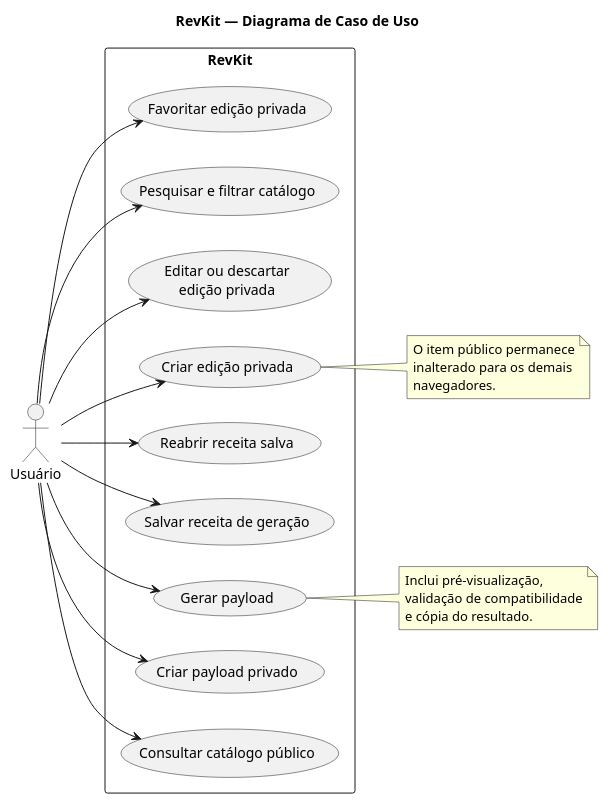
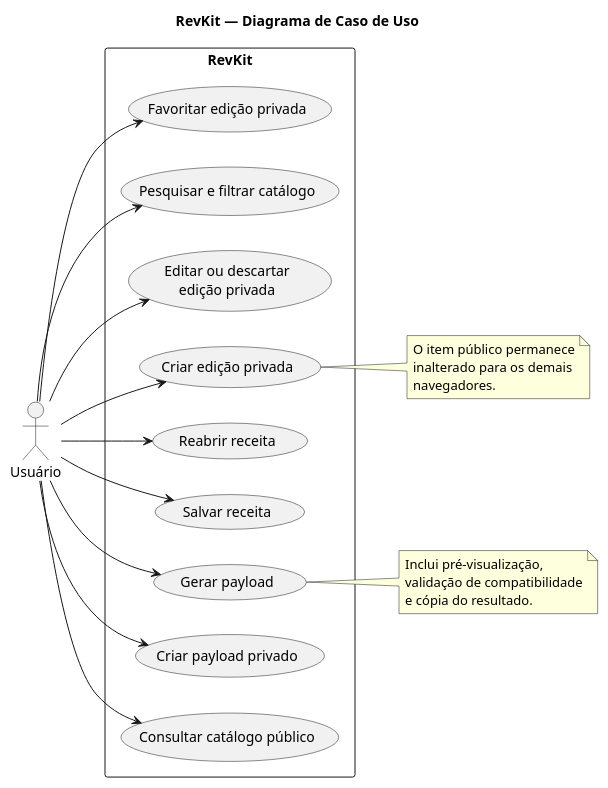
The diagram in docs/diagramas/casos-de-uso.puml (Andoreatta/revkit), drawn with PlantUML before and after one commit. The commit also changed 46 other files, not shown here.

First line of the commit message:
docs: add activity/class diagrams and per-UC sequences; ABNT layout

```diff
--- a/docs/diagramas/casos-de-uso.puml
+++ b/docs/diagramas/casos-de-uso.puml
@@ -1,42 +1,42 @@
 @startuml
 title RevKit — Diagrama de Caso de Uso
 left to right direction
 skinparam packageStyle rectangle
 
 actor "Usuário" as usuario
 
 rectangle "RevKit" {
   usecase "Favoritar edição privada" as UC9
   usecase "Pesquisar e filtrar catálogo" as UC8
   usecase "Editar ou descartar\nedição privada" as UC7
   usecase "Criar edição privada" as UC6
-  usecase "Reabrir receita salva" as UC5
-  usecase "Salvar receita de geração" as UC4
+  usecase "Reabrir receita" as UC5
+  usecase "Salvar receita" as UC4
   usecase "Gerar payload" as UC3
   usecase "Criar payload privado" as UC2
   usecase "Consultar catálogo público" as UC1
 }
 
 usuario --> UC1
 usuario --> UC2
 usuario --> UC3
 usuario --> UC4
 usuario --> UC5
 usuario --> UC6
 usuario --> UC7
 usuario --> UC8
 usuario --> UC9
 
 note right of UC3
   Inclui pré-visualização,
   validação de compatibilidade
   e cópia do resultado.
 end note
 
 note right of UC6
   O item público permanece
   inalterado para os demais
   navegadores.
 end note
 
 @enduml
```
